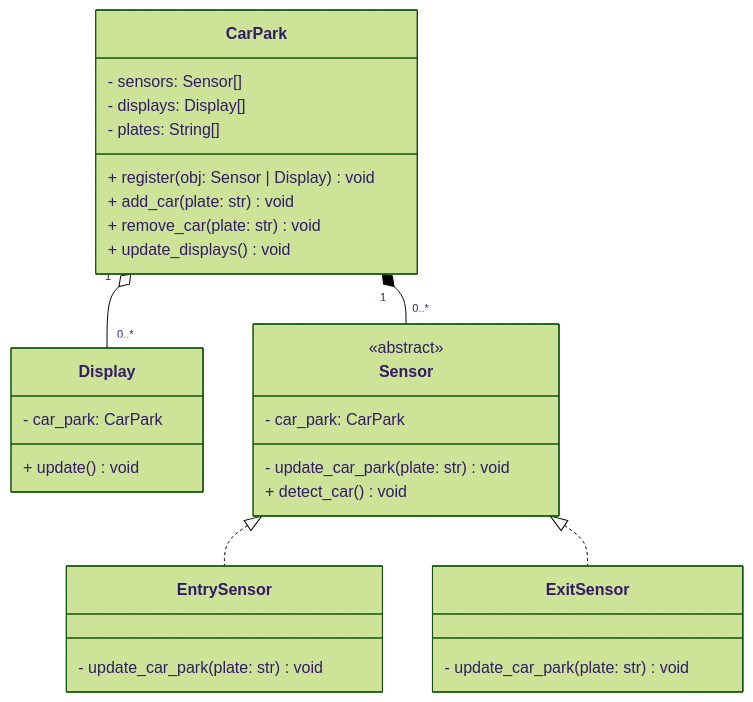
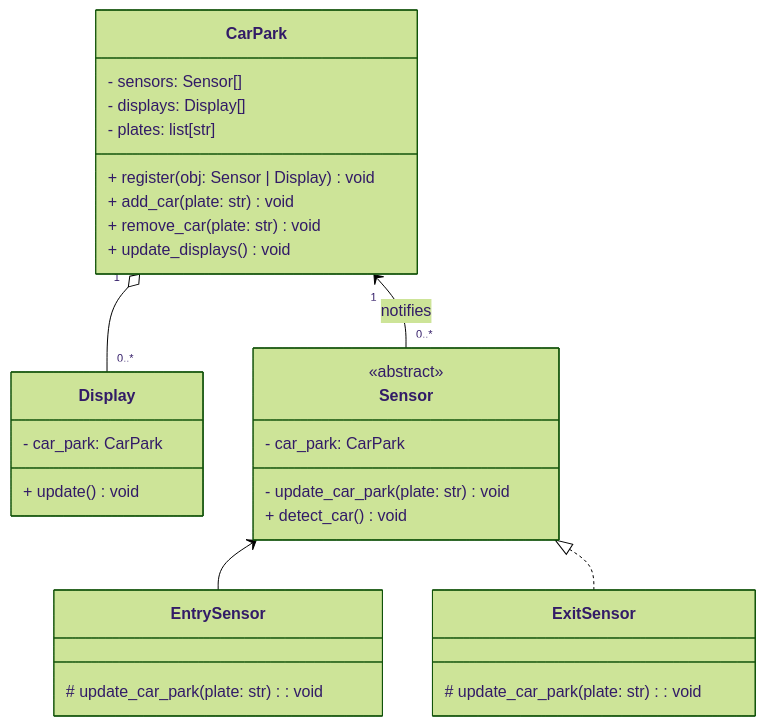
Before and after one commit to NM-TAFE/civ-ipriot-in-class-demos: the second of 4 diagrams in assessments/prj/carpark-guide.md, drawn with Mermaid (forest theme). The commit also changed other lines of this file, not shown here.

Commit message:
fix: clarify sensor/car park relationship

````diff
--- a/assessments/prj/carpark-guide.md
+++ b/assessments/prj/carpark-guide.md
@@ -248,35 +248,35 @@
 ```mermaid
 classDiagram
       CarPark "1" o-- "0..*" Display
-      CarPark "1" *-- "0..*" Sensor
-      Sensor <|.. EntrySensor
+      CarPark "1" <-- "0..*" Sensor : notifies
+      Sensor <-- EntrySensor
       Sensor <|.. ExitSensor
 
 
       class CarPark {
          - sensors: Sensor[]
          - displays: Display[]
-         - plates: String[]
+         - plates: list[str]
          + register(obj: Sensor | Display) void
          + add_car(plate: str) void
          + remove_car(plate: str) void
          + update_displays() void
       }
       class Sensor {
          <<abstract>>
          - car_park: CarPark
          - update_car_park(plate: str) void
          + detect_car() void
       }
       class EntrySensor{
-         - update_car_park(plate: str) void
+         # update_car_park(plate: str): void
 
       }
       class ExitSensor{
-         - update_car_park(plate: str) void
+         # update_car_park(plate: str): void
       }
       class Display {
          - car_park: CarPark
          + update() void
       }
 ```
````
